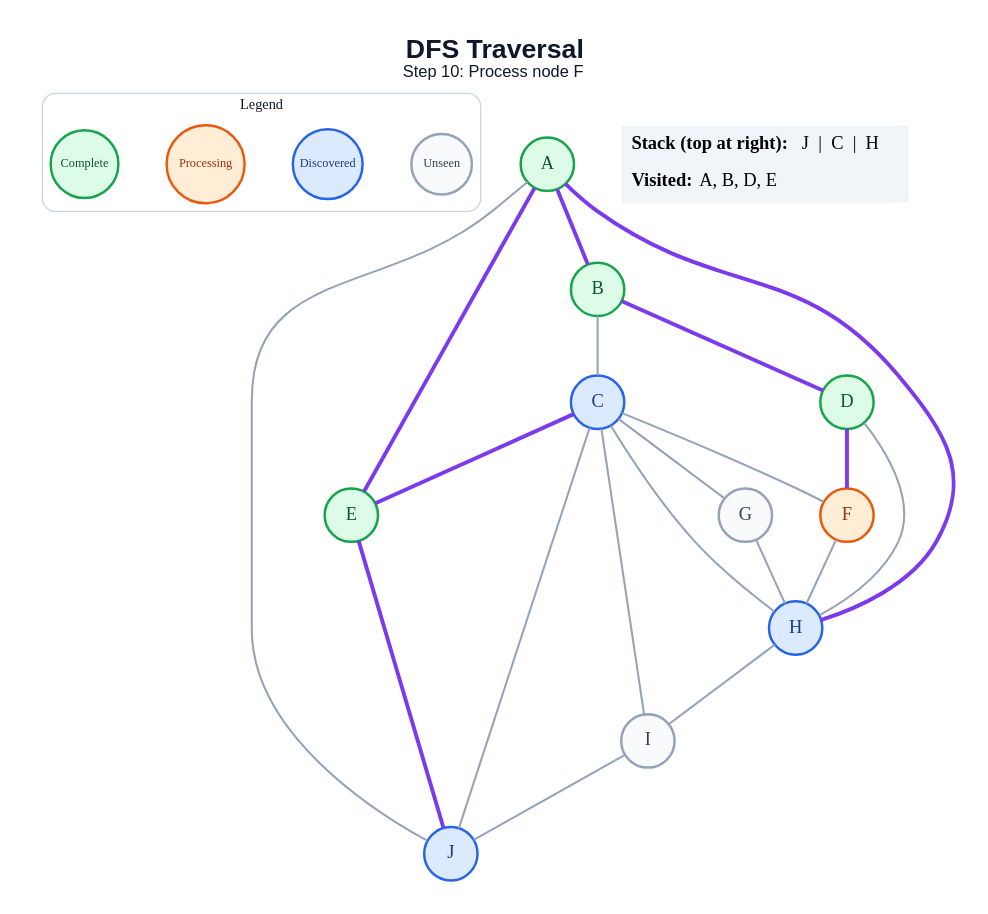
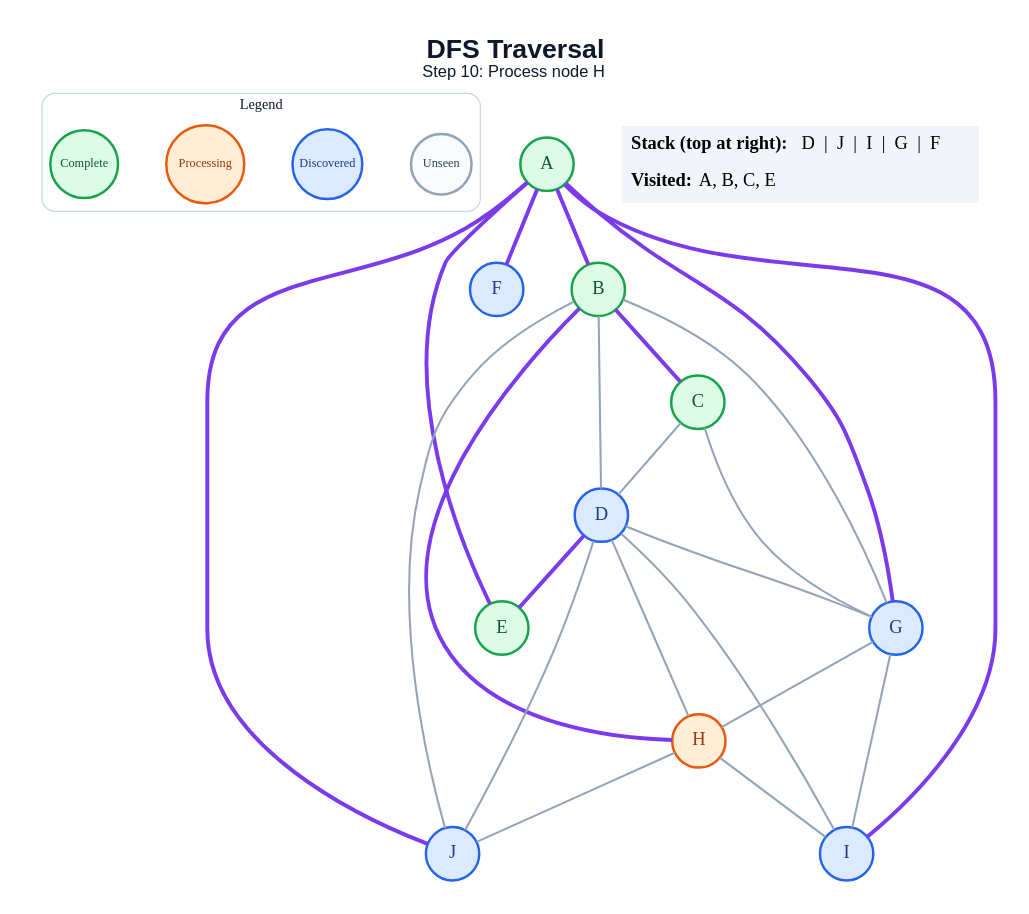
One commit to amanghodawala9/ai-slop changed the diagram in generated/specific-node/dfs/step_10.dot. Above: the diagram before and after it, drawn with Graphviz. The commit also changed 178 other files, not shown here.

```diff
--- a/generated/specific-node/dfs/step_10.dot
+++ b/generated/specific-node/dfs/step_10.dot
@@ -1,48 +1,51 @@
 graph traversal {
   graph [layout=dot, rankdir=TB, bgcolor="#FFFFFF", pad="0.35", nodesep="0.65", ranksep="0.8", fontname="Arial"];
   node [shape=circle, style="filled", fontname="Arial Bold", fontsize=18, width=0.72, fixedsize=true, penwidth=2.4];
   edge [color="#94A3B8", penwidth=2.0];
-  label=<<B>DFS Traversal</B><BR/><FONT POINT-SIZE="16">Step 10: Process node F</FONT>>; labelloc="t"; fontsize=26; fontname="Arial"; fontcolor="#0F172A";
+  label=<<B>DFS Traversal</B><BR/><FONT POINT-SIZE="16">Step 10: Process node H</FONT>>; labelloc="t"; fontsize=26; fontname="Arial"; fontcolor="#0F172A";
   subgraph cluster_legend { label="Legend"; color="#CBD5E1"; penwidth=1.2; style="rounded"; fontsize=14; fontname="Arial Bold";
     key_unseen [label="Unseen", fillcolor="#F8FAFC", color="#94A3B8", fontcolor="#334155", fontsize=12, width=0.82];
     key_frontier [label="Discovered", fillcolor="#DBEAFE", color="#2563EB", fontcolor="#1E3A8A", fontsize=12, width=0.95];
     key_current [label="Processing", fillcolor="#FFEDD5", color="#EA580C", fontcolor="#9A3412", fontsize=12, width=1.05];
     key_done [label="Complete", fillcolor="#DCFCE7", color="#16A34A", fontcolor="#14532D", fontsize=12, width=0.92];
     { rank=same; key_unseen; key_frontier; key_current; key_done; }
   }
   A [fillcolor="#DCFCE7", color="#16A34A", fontcolor="#14532D"];
   B [fillcolor="#DCFCE7", color="#16A34A", fontcolor="#14532D"];
-  C [fillcolor="#DBEAFE", color="#2563EB", fontcolor="#1E3A8A"];
-  D [fillcolor="#DCFCE7", color="#16A34A", fontcolor="#14532D"];
+  C [fillcolor="#DCFCE7", color="#16A34A", fontcolor="#14532D"];
+  D [fillcolor="#DBEAFE", color="#2563EB", fontcolor="#1E3A8A"];
   E [fillcolor="#DCFCE7", color="#16A34A", fontcolor="#14532D"];
-  F [fillcolor="#FFEDD5", color="#EA580C", fontcolor="#9A3412"];
-  G [fillcolor="#F8FAFC", color="#94A3B8", fontcolor="#334155"];
-  H [fillcolor="#DBEAFE", color="#2563EB", fontcolor="#1E3A8A"];
-  I [fillcolor="#F8FAFC", color="#94A3B8", fontcolor="#334155"];
+  F [fillcolor="#DBEAFE", color="#2563EB", fontcolor="#1E3A8A"];
+  G [fillcolor="#DBEAFE", color="#2563EB", fontcolor="#1E3A8A"];
+  H [fillcolor="#FFEDD5", color="#EA580C", fontcolor="#9A3412"];
+  I [fillcolor="#DBEAFE", color="#2563EB", fontcolor="#1E3A8A"];
   J [fillcolor="#DBEAFE", color="#2563EB", fontcolor="#1E3A8A"];
   A -- B [color="#7C3AED", penwidth=3.8];
   A -- E [color="#7C3AED", penwidth=3.8];
-  A -- H [color="#7C3AED", penwidth=3.8];
-  A -- J;
-  B -- C;
-  B -- D [color="#7C3AED", penwidth=3.8];
-  C -- E [color="#7C3AED", penwidth=3.8];
-  C -- F;
+  A -- F [color="#7C3AED", penwidth=3.8];
+  A -- G [color="#7C3AED", penwidth=3.8];
+  A -- I [color="#7C3AED", penwidth=3.8];
+  A -- J [color="#7C3AED", penwidth=3.8];
+  B -- C [color="#7C3AED", penwidth=3.8];
+  B -- D;
+  B -- G;
+  B -- H [color="#7C3AED", penwidth=3.8];
+  B -- J;
+  C -- D;
   C -- G;
-  C -- H;
-  C -- I;
-  C -- J;
-  D -- F [color="#7C3AED", penwidth=3.8];
+  D -- E [color="#7C3AED", penwidth=3.8];
+  D -- G;
   D -- H;
-  E -- J [color="#7C3AED", penwidth=3.8];
-  F -- H;
+  D -- I;
+  D -- J;
   G -- H;
+  G -- I;
   H -- I;
-  I -- J;
+  H -- J;
   status [shape=plain, fixedsize=false, width=0, height=0, margin=0, label=<
     <TABLE BORDER="0" CELLBORDER="0" CELLPADDING="7" BGCOLOR="#F1F5F9">
-      <TR><TD ALIGN="LEFT"><B>Stack (top at right):</B> J  |  C  |  H</TD></TR>
-      <TR><TD ALIGN="LEFT"><B>Visited:</B> A, B, D, E</TD></TR>
+      <TR><TD ALIGN="LEFT"><B>Stack (top at right):</B> D  |  J  |  I  |  G  |  F</TD></TR>
+      <TR><TD ALIGN="LEFT"><B>Visited:</B> A, B, C, E</TD></TR>
     </TABLE>
   >];
 }
```
